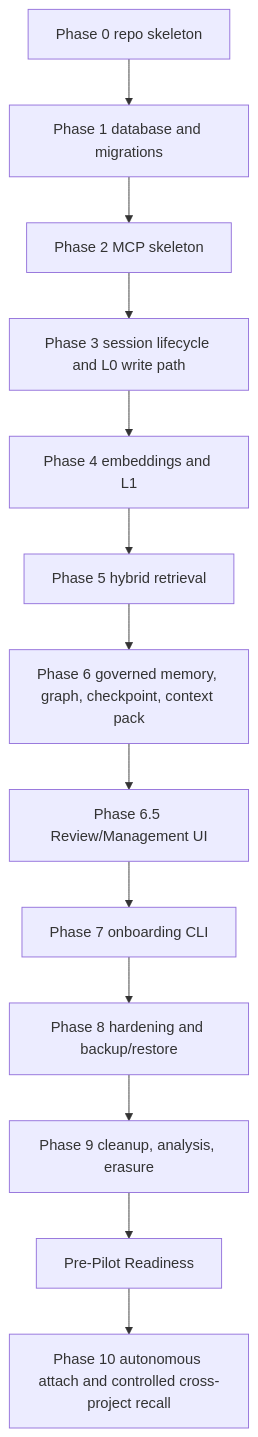
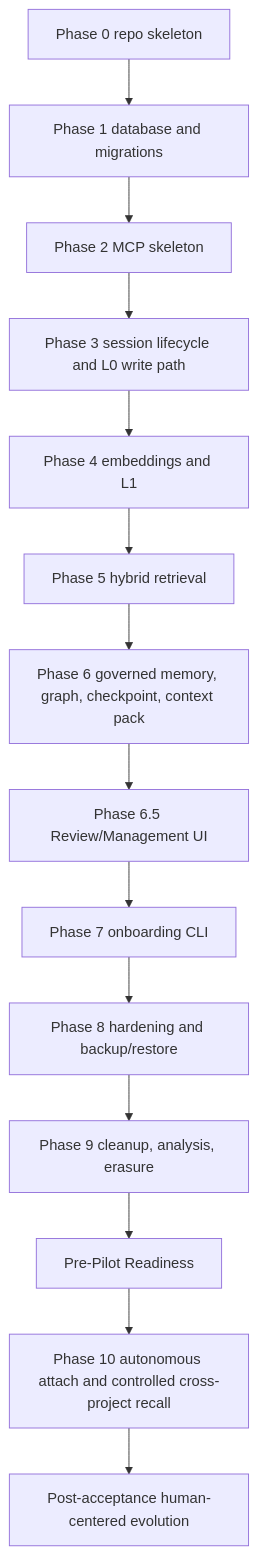
Before and after one commit to Mushkrot/Recallant: the diagram in docs/TASK_GRAPH.md, drawn with Mermaid. The commit also changed other lines of this file and 20 other files, not shown here.

````diff
--- a/docs/TASK_GRAPH.md
+++ b/docs/TASK_GRAPH.md
@@ -5,19 +5,20 @@
 ```mermaid
 flowchart TD
   P0[Phase 0 repo skeleton]
   P1[Phase 1 database and migrations]
   P2[Phase 2 MCP skeleton]
   P3[Phase 3 session lifecycle and L0 write path]
   P4[Phase 4 embeddings and L1]
   P5[Phase 5 hybrid retrieval]
   P6[Phase 6 governed memory, graph, checkpoint, context pack]
   P65[Phase 6.5 Review/Management UI]
   P7[Phase 7 onboarding CLI]
   P8[Phase 8 hardening and backup/restore]
   P9[Phase 9 cleanup, analysis, erasure]
   PPR[Pre-Pilot Readiness]
   P10[Phase 10 autonomous attach and controlled cross-project recall]
+  P11[Post-acceptance human-centered evolution]
 
   P0 --> P1 --> P2 --> P3 --> P4 --> P5 --> P6 --> P65 --> P7 --> P8 --> P9
-  P9 --> PPR --> P10
+  P9 --> PPR --> P10 --> P11
 ```
````
